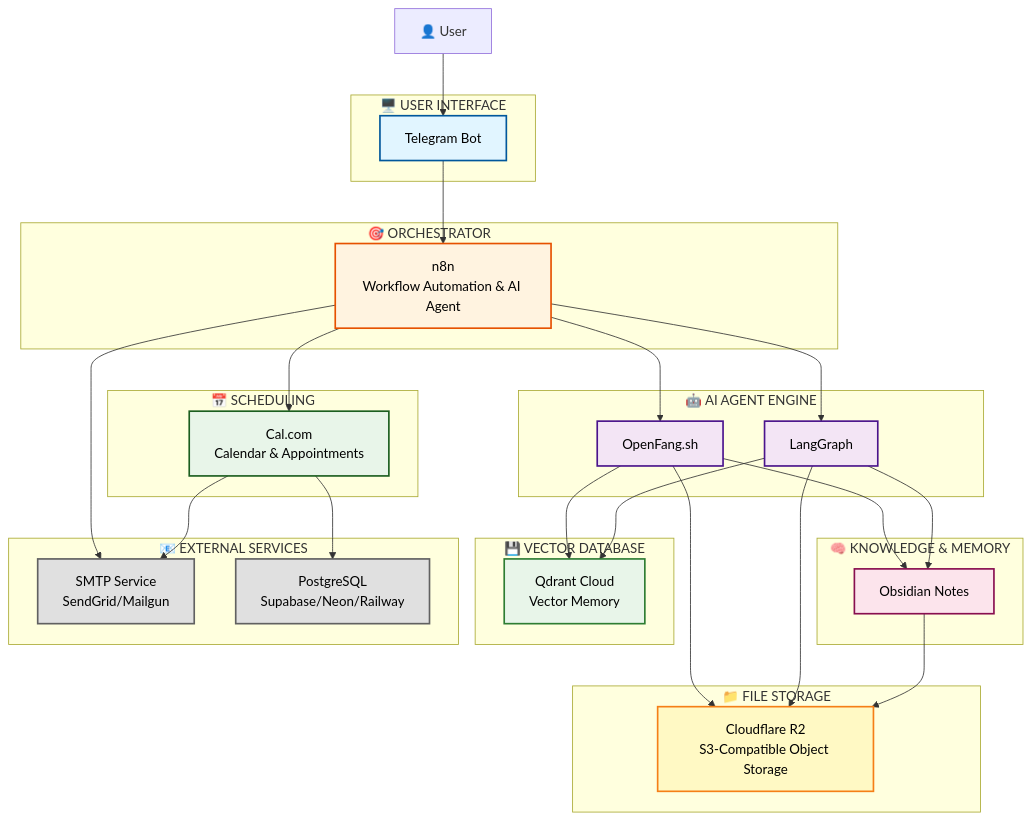
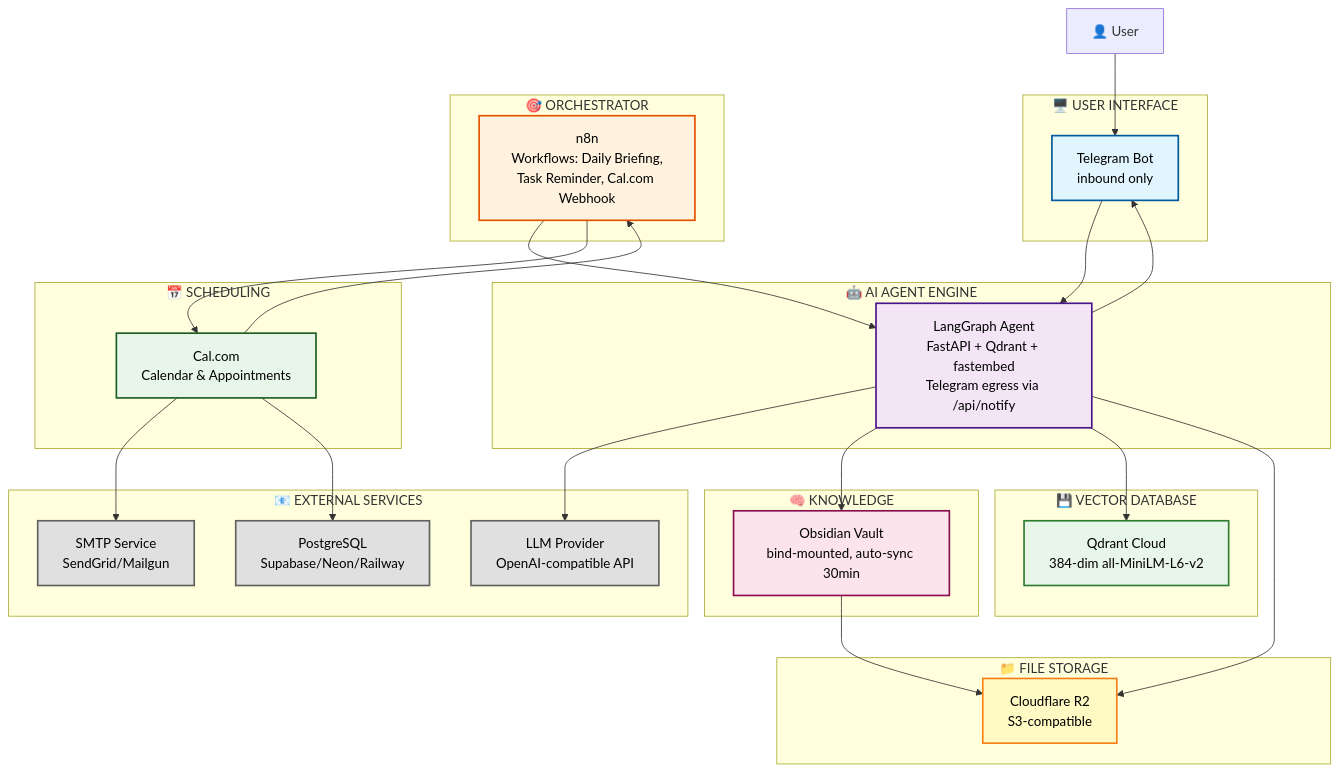
One commit to oppytut/pro-secretary changed the first of 4 diagrams in README.md. Above: the diagram before and after it, drawn with Mermaid. The commit also changed other lines of this file and 5 other files, not shown here.

````diff
--- a/README.md
+++ b/README.md
@@ -7,72 +9,70 @@
 ```mermaid
 graph TB
     User[👤 User]
-    
+
     subgraph Interface["🖥️ USER INTERFACE"]
-        TG[Telegram Bot]
+        TG[Telegram Bot<br/>inbound only]
     end
-    
+
     subgraph Orchestrator["🎯 ORCHESTRATOR"]
-        N8N[n8n<br/>Workflow Automation & AI Agent]
+        N8N[n8n<br/>Workflows: Daily Briefing,<br/>Task Reminder, Cal.com Webhook]
     end
-    
+
     subgraph AIEngine["🤖 AI AGENT ENGINE"]
-        OpenFang[OpenFang.sh]
-        LangGraph[LangGraph]
+        Agent[LangGraph Agent<br/>FastAPI + Qdrant + fastembed<br/>Telegram egress via /api/notify]
     end
-    
+
     subgraph Scheduling["📅 SCHEDULING"]
         CalCom[Cal.com<br/>Calendar & Appointments]
     end
-    
-    subgraph Knowledge["🧠 KNOWLEDGE & MEMORY"]
-        Obsidian[Obsidian Notes]
+
+    subgraph Knowledge["🧠 KNOWLEDGE"]
+        Obsidian[Obsidian Vault<br/>bind-mounted, auto-sync 30min]
     end
-    
+
     subgraph VectorDB["💾 VECTOR DATABASE"]
-        Qdrant[Qdrant Cloud<br/>Vector Memory]
+        Qdrant[Qdrant Cloud<br/>384-dim all-MiniLM-L6-v2]
     end
-    
+
     subgraph Storage["📁 FILE STORAGE"]
-        R2[Cloudflare R2<br/>S3-Compatible Object Storage]
+        R2[Cloudflare R2<br/>S3-compatible]
     end
-    
+
     subgraph External["📧 EXTERNAL SERVICES"]
+        LLM[LLM Provider<br/>OpenAI-compatible API]
         SMTP[SMTP Service<br/>SendGrid/Mailgun]
         PostgreSQL[PostgreSQL<br/>Supabase/Neon/Railway]
     end
-    
+
     User --> TG
-    TG --> N8N
-    N8N --> OpenFang
-    N8N --> LangGraph
+    TG --> Agent
+    N8N --> Agent
     N8N --> CalCom
-    N8N --> SMTP
-    OpenFang --> Obsidian
-    OpenFang --> Qdrant
-    OpenFang --> R2
-    LangGraph --> Obsidian
-    LangGraph --> Qdrant
-    LangGraph --> R2
+    CalCom --> N8N
+    Agent --> LLM
+    Agent --> Obsidian
+    Agent --> Qdrant
+    Agent --> R2
+    Agent --> TG
     Obsidian --> R2
     CalCom --> SMTP
     CalCom --> PostgreSQL
-    
+
     classDef interfaceStyle fill:#e1f5ff,stroke:#01579b,stroke-width:2px,color:#000
     classDef orchestratorStyle fill:#fff3e0,stroke:#e65100,stroke-width:2px,color:#000
     classDef aiStyle fill:#f3e5f5,stroke:#4a148c,stroke-width:2px,color:#000
     classDef scheduleStyle fill:#e8f5e9,stroke:#1b5e20,stroke-width:2px,color:#000
     classDef knowledgeStyle fill:#fce4ec,stroke:#880e4f,stroke-width:2px,color:#000
     classDef storageStyle fill:#fff9c4,stroke:#f57f17,stroke-width:2px,color:#000
     classDef externalStyle fill:#e0e0e0,stroke:#616161,stroke-width:2px,color:#000
     classDef vectordbStyle fill:#e8f5e9,stroke:#2e7d32,stroke-width:2px,color:#000
-    
+
     class TG interfaceStyle
     class N8N orchestratorStyle
-    class OpenFang,LangGraph aiStyle
+    class Agent aiStyle
     class CalCom scheduleStyle
     class Obsidian knowledgeStyle
     class R2 storageStyle
-    class SMTP,PostgreSQL externalStyle
+    class SMTP,PostgreSQL,LLM externalStyle
     class Qdrant vectordbStyle
 ```
````
